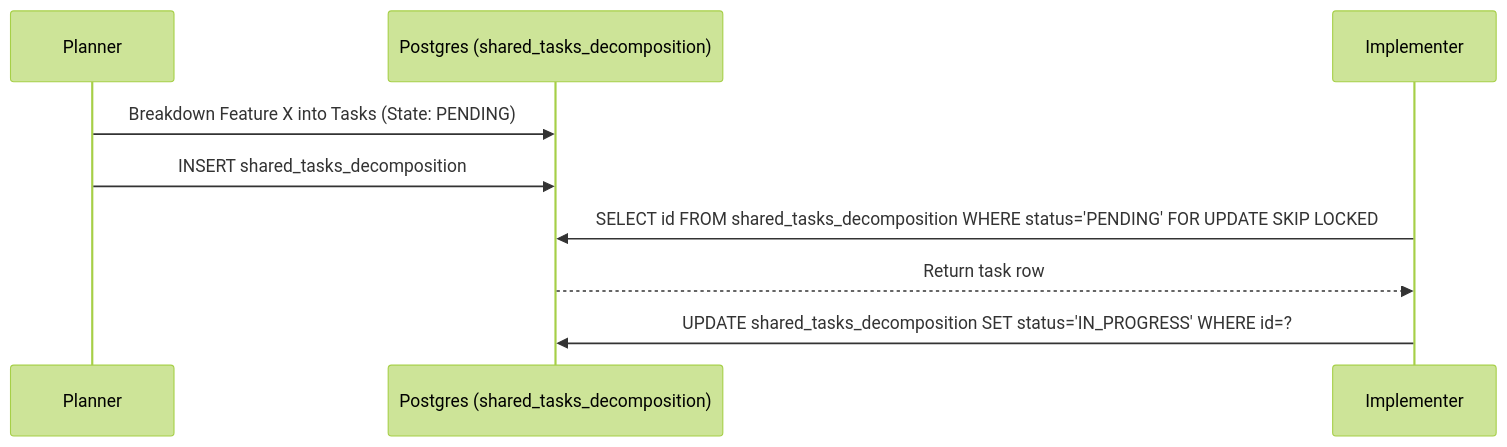
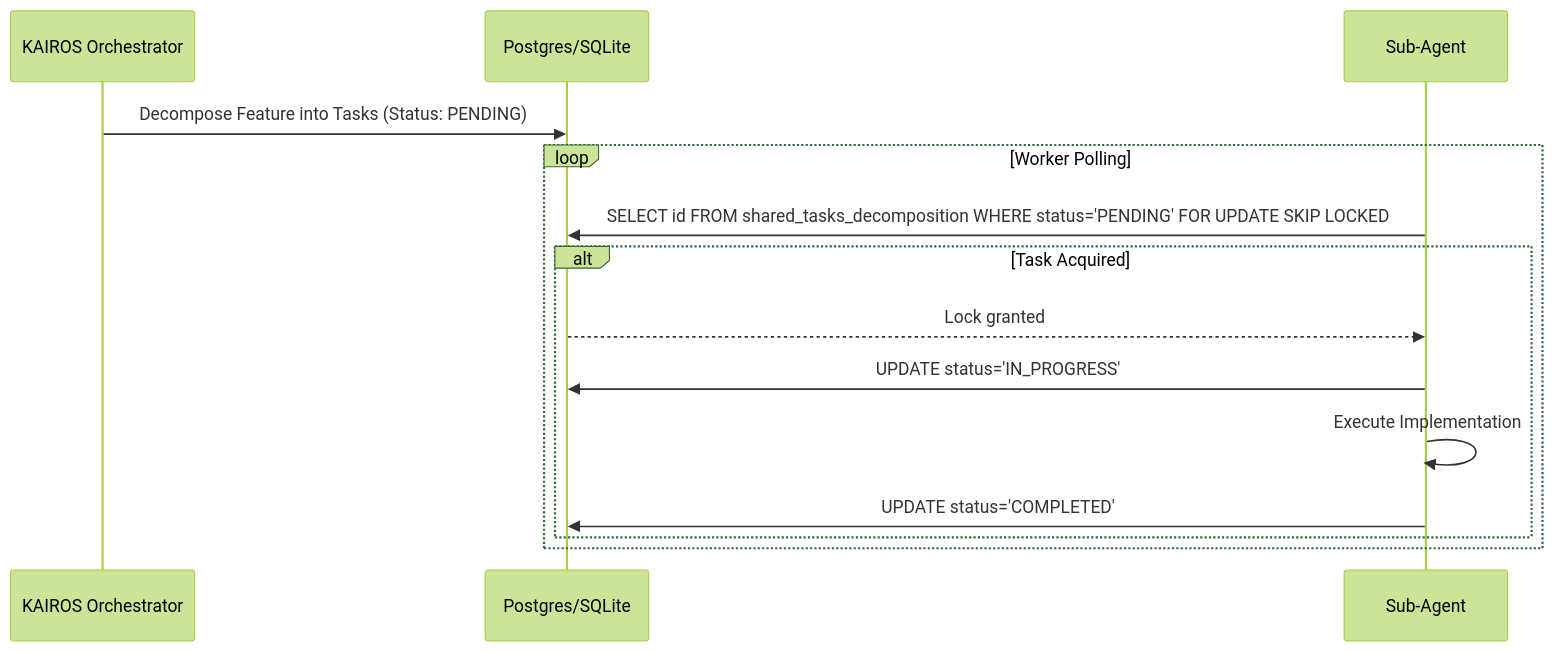
The first of 2 diagrams in docs/architecture/KAIROS_AI_OS_HYBRID_CORE_DESIGN.md (omnisolo-llc/onehumancorp), drawn with Mermaid (forest theme) before and after one commit. The commit also changed other lines of this file and 2 other files, not shown here.

First line of the commit message:
📝 Architect: KAIROS AI OS Hybrid Core Design and Mission (#5316)

````diff
--- a/docs/architecture/KAIROS_AI_OS_HYBRID_CORE_DESIGN.md
+++ b/docs/architecture/KAIROS_AI_OS_HYBRID_CORE_DESIGN.md
@@ -29,11 +35,18 @@
 ```mermaid
 sequenceDiagram
-    participant Planner
-    participant TaskDB as Postgres (shared_tasks_decomposition)
-    participant Implementer
-    Planner->>TaskDB: Breakdown Feature X into Tasks (State: PENDING)
-    Planner->>TaskDB: INSERT shared_tasks_decomposition
-    Implementer->>TaskDB: SELECT id FROM shared_tasks_decomposition WHERE status='PENDING' FOR UPDATE SKIP LOCKED
-    TaskDB-->>Implementer: Return task row
-    Implementer->>TaskDB: UPDATE shared_tasks_decomposition SET status='IN_PROGRESS' WHERE id=?
+    participant KAIROS as KAIROS Orchestrator
+    participant DB as Postgres/SQLite
+    participant Worker as Sub-Agent
+
+    KAIROS->>DB: Decompose Feature into Tasks (Status: PENDING)
+
+    loop Worker Polling
+        Worker->>DB: SELECT id FROM shared_tasks_decomposition WHERE status='PENDING' FOR UPDATE SKIP LOCKED
+        alt Task Acquired
+            DB-->>Worker: Lock granted
+            Worker->>DB: UPDATE status='IN_PROGRESS'
+            Worker->>Worker: Execute Implementation
+            Worker->>DB: UPDATE status='COMPLETED'
+        end
+    end
 ```
````
